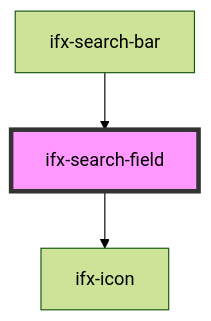
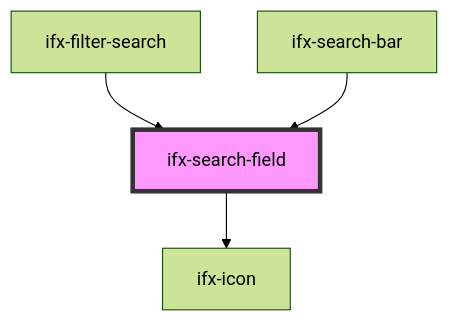
Before and after one commit to Infineon/infineon-design-system-stencil: the diagram in packages/components/src/components/search-field/readme.md, drawn with Mermaid (forest theme). The commit also changed other lines of this file and 6 other files, not shown here.

Commit message:
filter-search component created

````diff
--- a/packages/components/src/components/search-field/readme.md
+++ b/packages/components/src/components/search-field/readme.md
@@ -36,6 +37,7 @@
 ```mermaid
 graph TD;
   ifx-search-field --> ifx-icon
+  ifx-filter-search --> ifx-search-field
   ifx-search-bar --> ifx-search-field
   style ifx-search-field fill:#f9f,stroke:#333,stroke-width:4px
 ```
````
